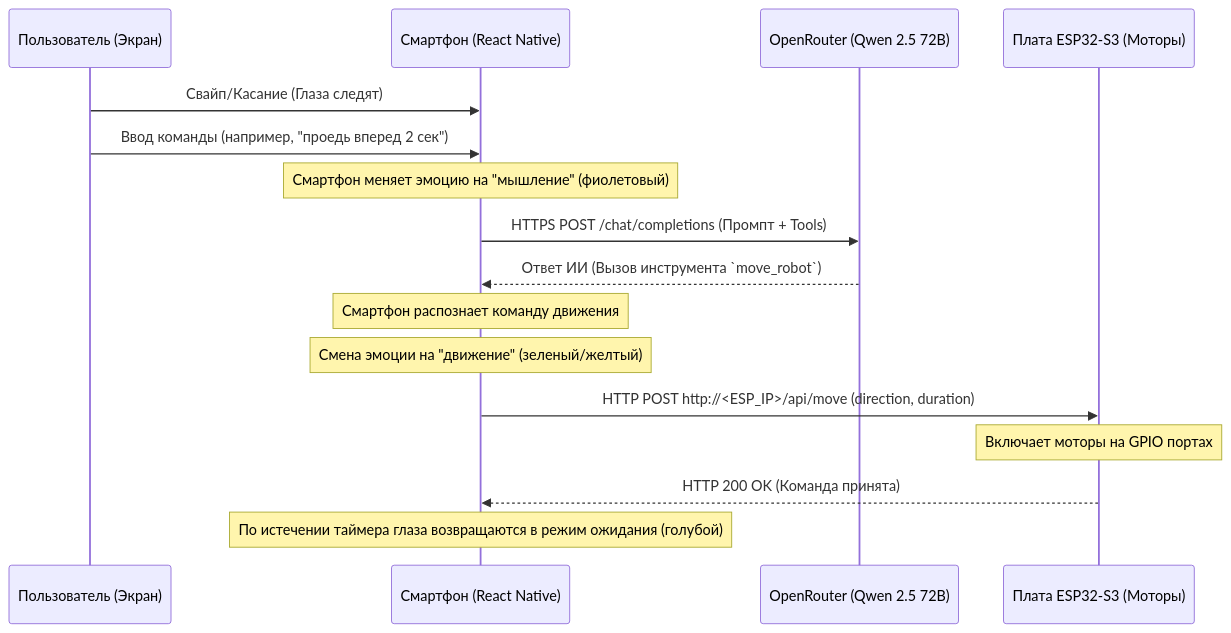
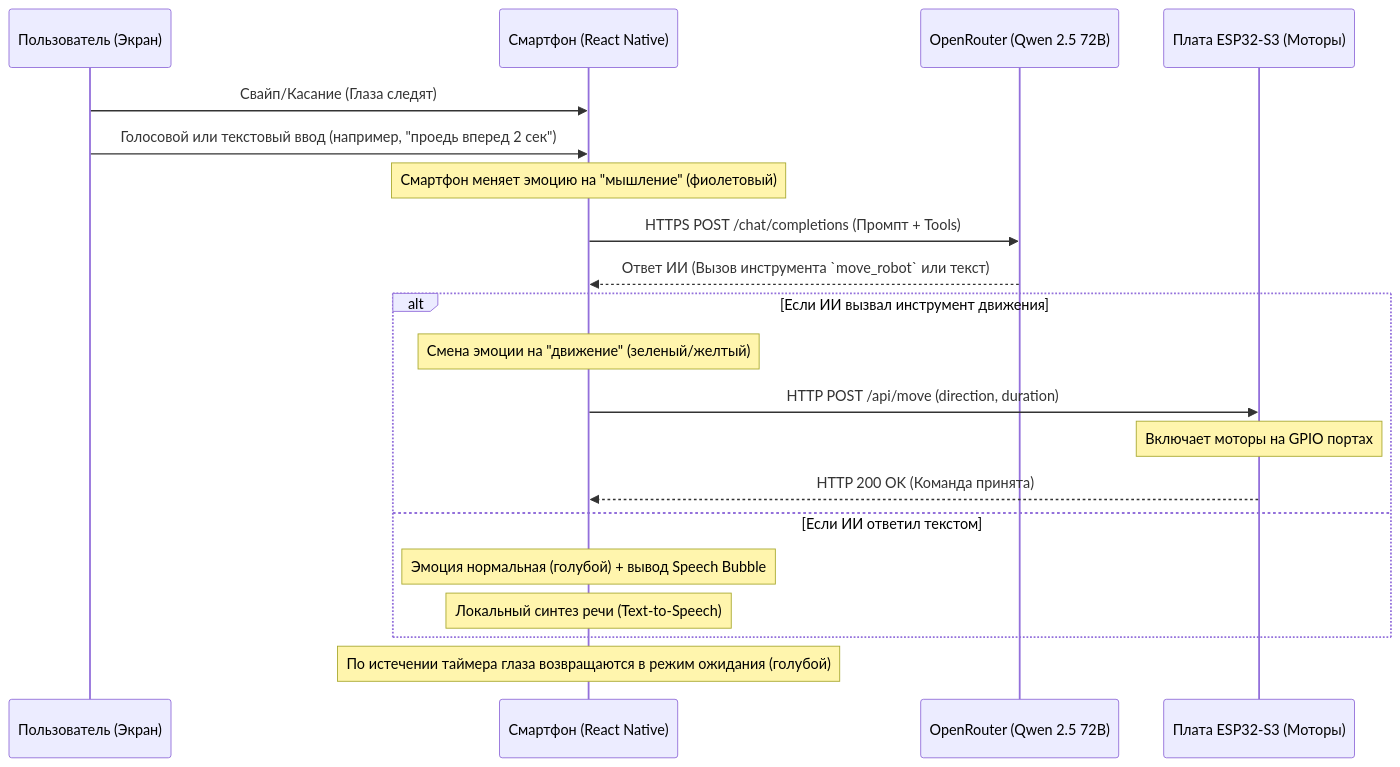
One commit to nordevelopment/LOOIRobotMobile changed the diagram in README.md. Above: the diagram before and after it, drawn with Mermaid. The commit also changed other lines of this file and 8 other files, not shown here.

````diff
--- a/README.md
+++ b/README.md
@@ -9,19 +11,25 @@
 ```mermaid
 sequenceDiagram
     participant User as Пользователь (Экран)
     participant Phone as Смартфон (React Native)
     participant AI as OpenRouter (Qwen 2.5 72B)
     participant ESP32 as Плата ESP32-S3 (Моторы)
 
     User->>Phone: Свайп/Касание (Глаза следят)
-    User->>Phone: Ввод команды (например, "проедь вперед 2 сек")
+    User->>Phone: Голосовой или текстовый ввод (например, "проедь вперед 2 сек")
     Note over Phone: Смартфон меняет эмоцию на "мышление" (фиолетовый)
     Phone->>AI: HTTPS POST /chat/completions (Промпт + Tools)
-    AI-->>Phone: Ответ ИИ (Вызов инструмента `move_robot`)
-    Note over Phone: Смартфон распознает команду движения
-    Note over Phone: Смена эмоции на "движение" (зеленый/желтый)
-    Phone->>ESP32: HTTP POST http://<ESP_IP>/api/move (direction, duration)
-    Note over ESP32: Включает моторы на GPIO портах
-    ESP32-->>Phone: HTTP 200 OK (Команда принята)
+    AI-->>Phone: Ответ ИИ (Вызов инструмента `move_robot` или текст)
+    
+    ALT Если ИИ вызвал инструмент движения
+        Note over Phone: Смена эмоции на "движение" (зеленый/желтый)
+        Phone->>ESP32: HTTP POST /api/move (direction, duration)
+        Note over ESP32: Включает моторы на GPIO портах
+        ESP32-->>Phone: HTTP 200 OK (Команда принята)
+    ELSE Если ИИ ответил текстом
+        Note over Phone: Эмоция нормальная (голубой) + вывод Speech Bubble
+        Note over Phone: Локальный синтез речи (Text-to-Speech)
+    END
+    
     Note over Phone: По истечении таймера глаза возвращаются в режим ожидания (голубой)
 ```
````
